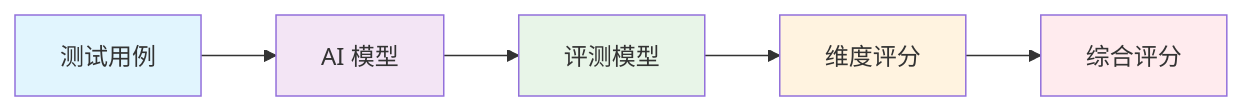
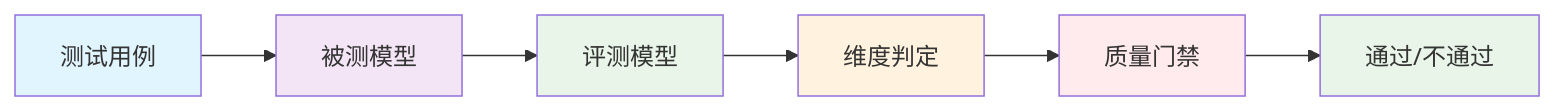
One commit to BighuaBighua/llm-testing-portfolio changed the diagram in knowledge-base/01-架构设计/评测维度体系设计.md. Above: the diagram before and after it, drawn with Mermaid. The commit also changed other lines of this file and 69 other files, not shown here.

````diff
--- a/knowledge-base/01-架构设计/评测维度体系设计.md
+++ b/knowledge-base/01-架构设计/评测维度体系设计.md
@@ -75,13 +115,15 @@
 ```mermaid
 graph LR
-    A[测试用例] --> B[AI 模型]
+    A[测试用例] --> B[被测模型]
     B --> C[评测模型]
-    C --> D[维度评分]
-    D --> E[综合评分]
-    
+    C --> D[维度判定]
+    D --> E[质量门禁]
+    E --> F[通过/不通过]
+
     style A fill:#e1f5fe
     style B fill:#f3e5f5
     style C fill:#e8f5e8
     style D fill:#fff3e0
     style E fill:#ffebee
+    style F fill:#e8f5e8
 ```
````
